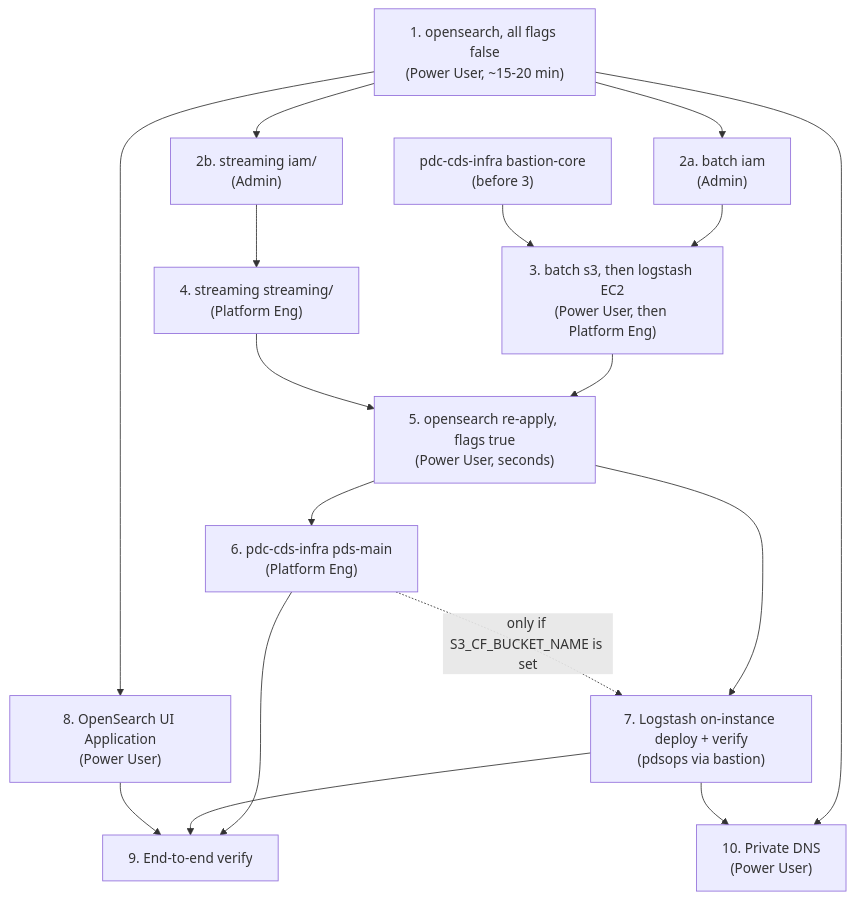
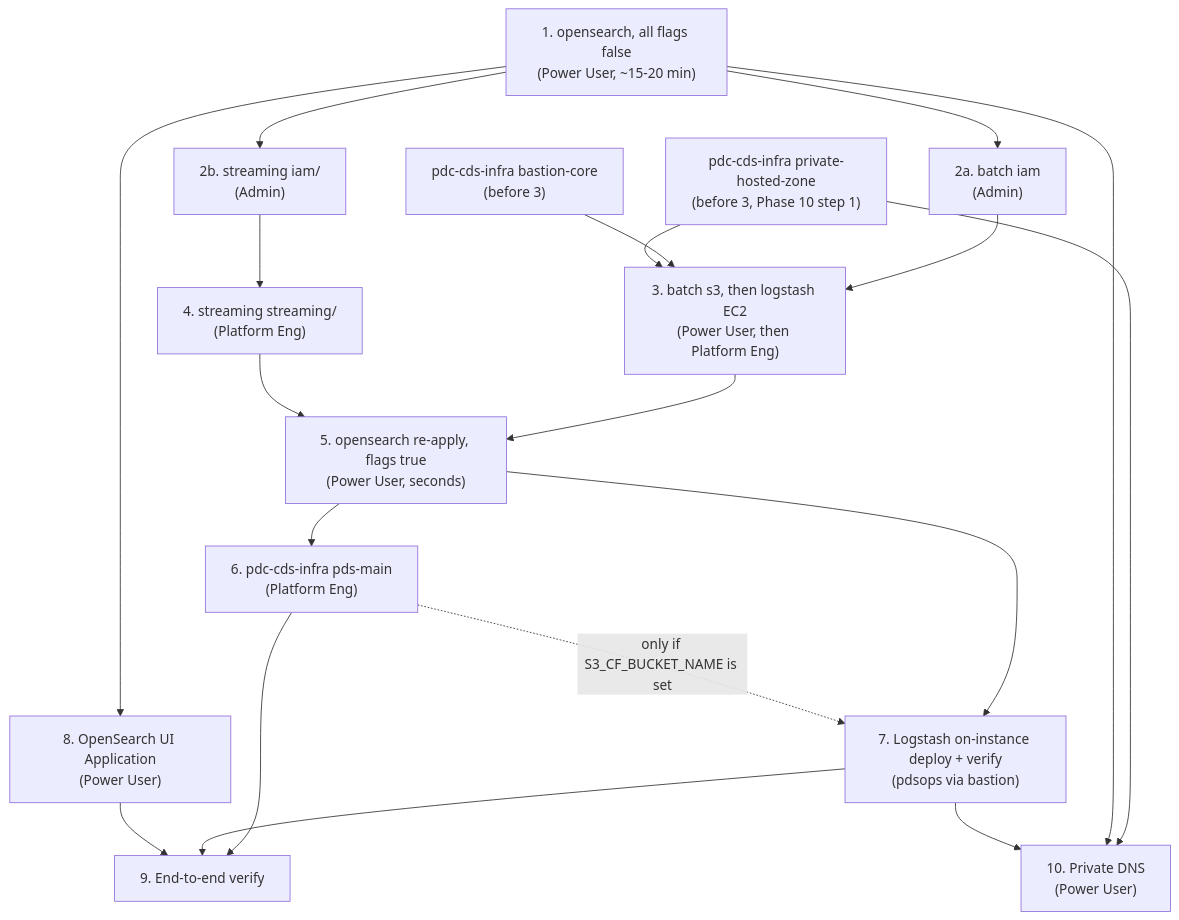
One commit to NASA-PDS/o11y-platform changed the second of 2 diagrams in terraform/README.md. Above: the diagram before and after it, drawn with Mermaid. The commit also changed other lines of this file, not shown here.

First line of the commit message:
Runbook: apply the private hosted zone before batch logstash

````diff
--- a/terraform/README.md
+++ b/terraform/README.md
@@ -134,31 +134,34 @@
 ```mermaid
 flowchart TD
     P1["1. opensearch, all flags false\n(Power User, ~15-20 min)"]
     P2a["2a. batch iam\n(Admin)"]
     P2b["2b. streaming iam/\n(Admin)"]
     P3["3. batch s3, then logstash EC2\n(Power User, then Platform Eng)"]
     P4["4. streaming streaming/\n(Platform Eng)"]
     P5["5. opensearch re-apply, flags true\n(Power User, seconds)"]
     P6["6. pdc-cds-infra pds-main\n(Platform Eng)"]
     P7["7. Logstash on-instance deploy + verify\n(pdsops via bastion)"]
     P8["8. OpenSearch UI Application\n(Power User)"]
     P9["9. End-to-end verify"]
     P10["10. Private DNS\n(Power User)"]
     PB["pdc-cds-infra bastion-core\n(before 3)"]
+    PZ["pdc-cds-infra private-hosted-zone\n(before 3, Phase 10 step 1)"]
 
     P1 --> P2a & P2b
     P2a --> P3
     PB --> P3
+    PZ --> P3
+    PZ --> P10
     P2b --> P4
     P3 --> P5
     P4 --> P5
     P5 --> P6
     P5 --> P7
     P6 -.->|"only if S3_CF_BUCKET_NAME is set"| P7
     P1 --> P8
     P6 --> P9
     P7 --> P9
     P8 --> P9
     P1 --> P10
     P7 --> P10
 ```
````
